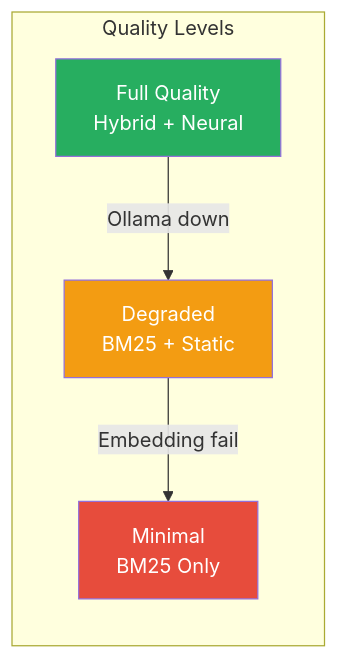
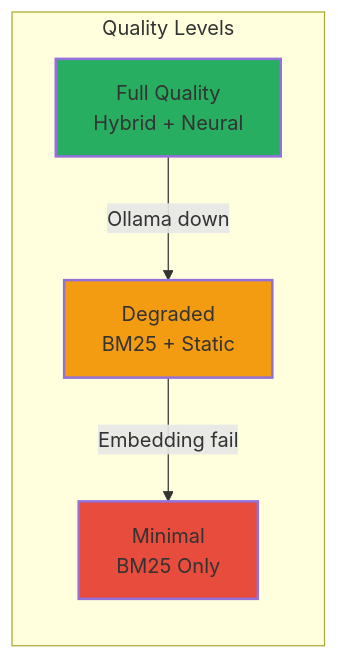
One commit to sampi02/amanmcp changed diagram 20 of 27 in docs/reference/architecture/architecture.md. Above: the diagram before and after it, drawn with Mermaid. The commit also changed other lines of this file and 59 other files, not shown here.

````diff
--- a/docs/reference/architecture/architecture.md
+++ b/docs/reference/architecture/architecture.md
@@ -904,15 +1376,15 @@
 ```mermaid
 flowchart LR
     subgraph Quality["Quality Levels"]
         Q1["Full Quality<br/>Hybrid + Neural"]
         Q2["Degraded<br/>BM25 + Static"]
         Q3["Minimal<br/>BM25 Only"]
     end
 
     Q1 -->|Ollama down| Q2
     Q2 -->|Embedding fail| Q3
 
-    style Q1 fill:#27ae60,color:#fff
-    style Q2 fill:#f39c12,color:#fff
-    style Q3 fill:#e74c3c,color:#fff
+    style Q1 fill:#27ae60,stroke-width:2px
+    style Q2 fill:#f39c12,stroke-width:2px
+    style Q3 fill:#e74c3c,stroke-width:2px
 ```
````
